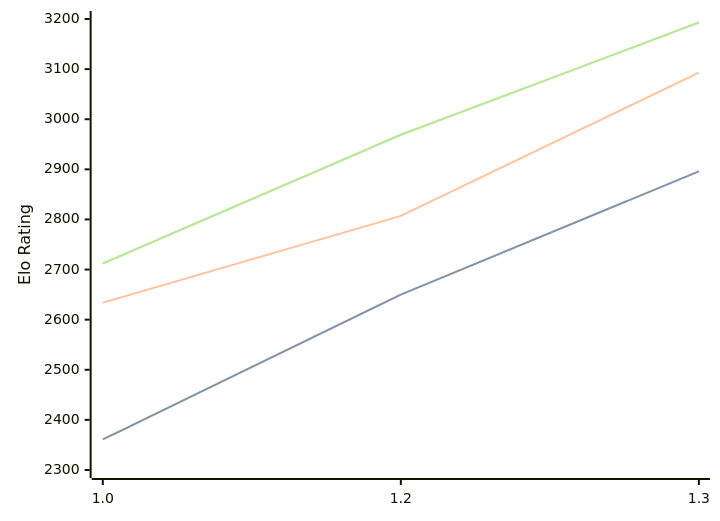
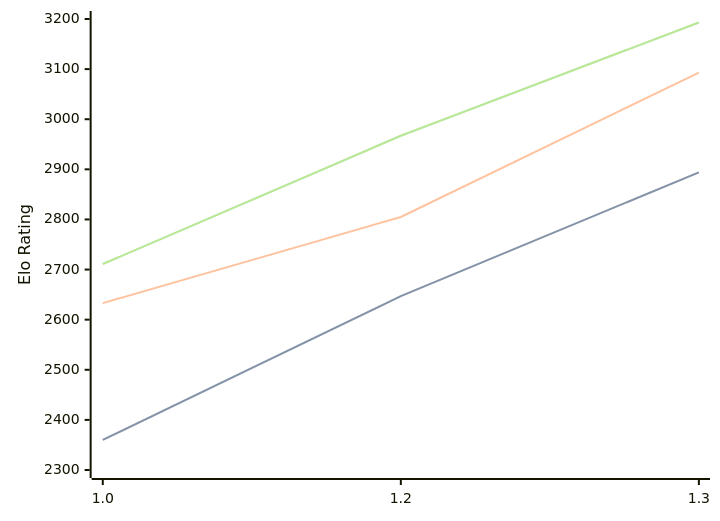
One commit to computer-chess-index/cci changed the diagram in engines/Chessnix.md. Above: the diagram before and after it, drawn with Mermaid. The commit also changed other lines of this file, not shown here.

Commit message:
Update CCI Ratings (ELO VLTC) - 2026-04-06

````diff
--- a/engines/Chessnix.md
+++ b/engines/Chessnix.md
@@ -35,11 +35,11 @@
 ```mermaid
 %%{init: {"theme":"base","themeVariables":{"seriesColors:['#a3a3a3','#222221','#faa371']}}}%%
 xychart-beta
   x-axis ["1.0", "1.2", "1.3"]
   y-axis "Elo Rating" 2300 --> 3200
-  line "STC (8.0+0.08s)" [2361, 2650, 2896]
-  line "STC (8.0+0.08s)" [2361, 2650, 2896]
-  line "LTC (60.0+0.60s)" [2634, 2807, 3093]
-  line "VLTC (2m24s+1.12s)" [2712, 2969, 3193]
-  line "VLTC (2m24s+1.12s)" [2712, 2969, 3193]
+  line "STC (8.0+0.08s)" [2360, 2647, 2894]
+  line "STC (8.0+0.08s)" [2360, 2647, 2894]
+  line "LTC (60.0+0.60s)" [2633, 2805, 3093]
+  line "VLTC (2m24s+1.12s)" [2711, 2967, 3193]
+  line "VLTC (2m24s+1.12s)" [2711, 2967, 3193]
 ```
````
